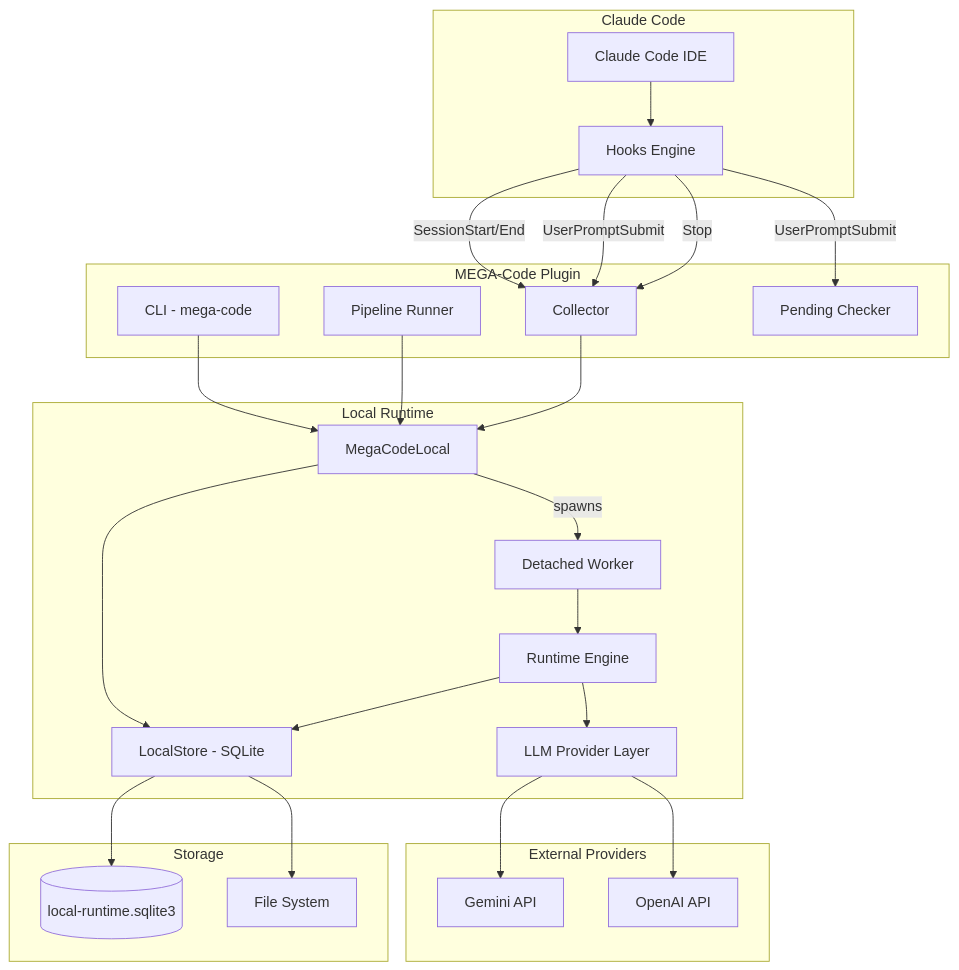
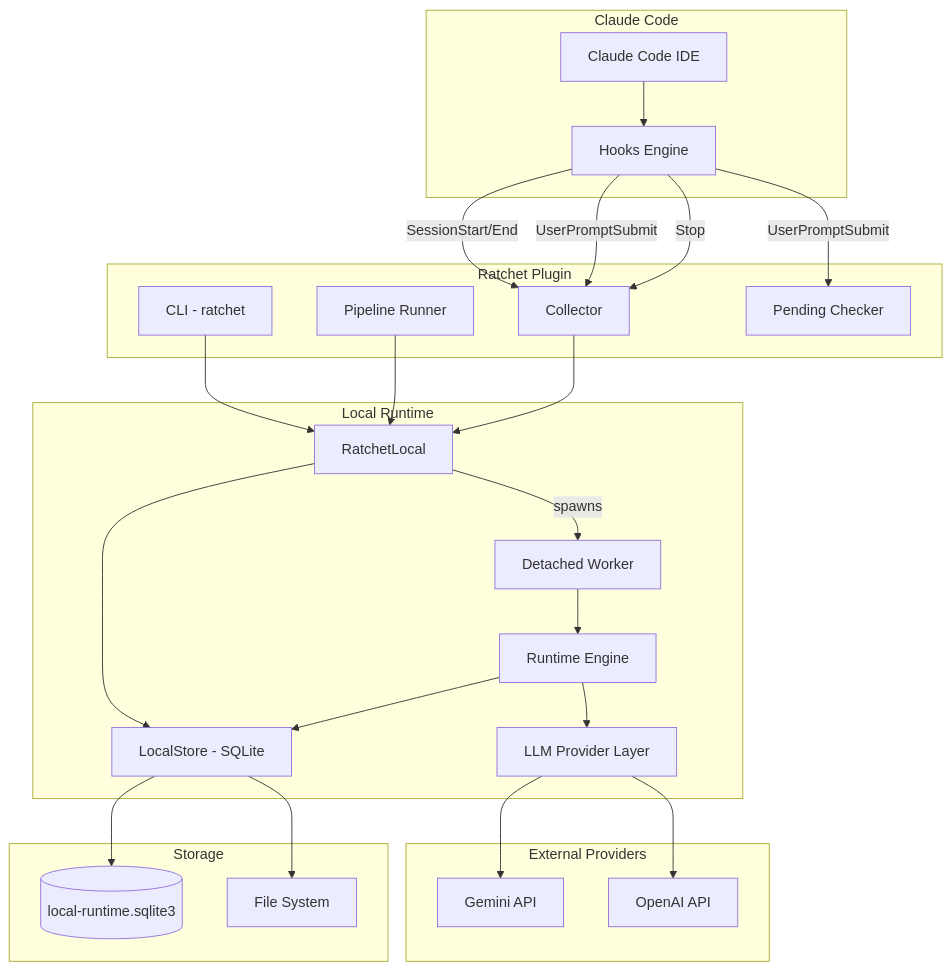
Before and after one commit to hbmartin/ratchet: the first of 12 diagrams in ARCHITECTURE_OVERVIEW.md, drawn with Mermaid. The commit also changed other lines of this file and 429 other files, not shown here.

````diff
--- a/ARCHITECTURE_OVERVIEW.md
+++ b/ARCHITECTURE_OVERVIEW.md
@@ -13,54 +13,54 @@
 ```mermaid
 graph TB
     subgraph "Claude Code"
         CC[Claude Code IDE]
         Hooks[Hooks Engine]
     end
 
-    subgraph "MEGA-Code Plugin"
+    subgraph "Ratchet Plugin"
         Collector[Collector]
-        CLI[CLI - mega-code]
+        CLI[CLI - ratchet]
         RunPipeline[Pipeline Runner]
         CheckPending[Pending Checker]
     end
 
     subgraph "Local Runtime"
-        LocalClient[MegaCodeLocal]
+        LocalClient[RatchetLocal]
         Worker[Detached Worker]
         Runtime[Runtime Engine]
         Store[LocalStore - SQLite]
         LLM[LLM Provider Layer]
     end
 
     subgraph "External Providers"
         Gemini[Gemini API]
         OpenAI[OpenAI API]
     end
 
     subgraph "Storage"
         SQLite[(local-runtime.sqlite3)]
         FS[File System]
     end
 
     CC --> Hooks
     Hooks -->|SessionStart/End| Collector
     Hooks -->|UserPromptSubmit| Collector
     Hooks -->|UserPromptSubmit| CheckPending
     Hooks -->|Stop| Collector
 
     CLI --> LocalClient
     RunPipeline --> LocalClient
     Collector --> LocalClient
 
     LocalClient --> Store
     LocalClient -->|spawns| Worker
     Worker --> Runtime
     Runtime --> Store
     Runtime --> LLM
 
     LLM --> Gemini
     LLM --> OpenAI
 
     Store --> SQLite
     Store --> FS
 ```
````
